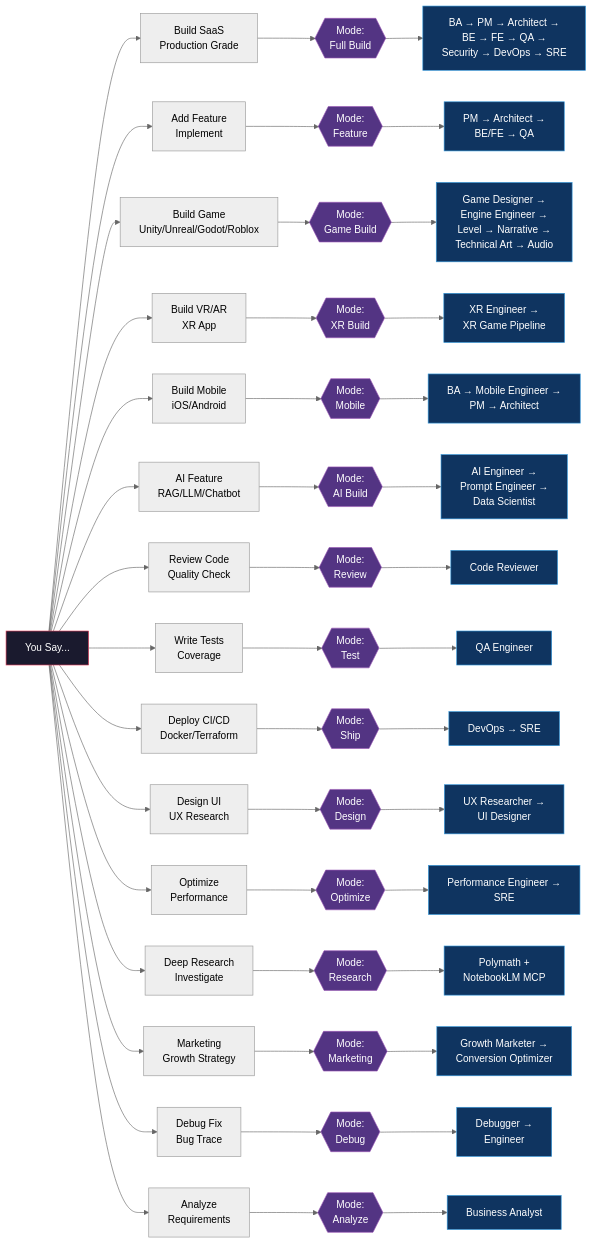
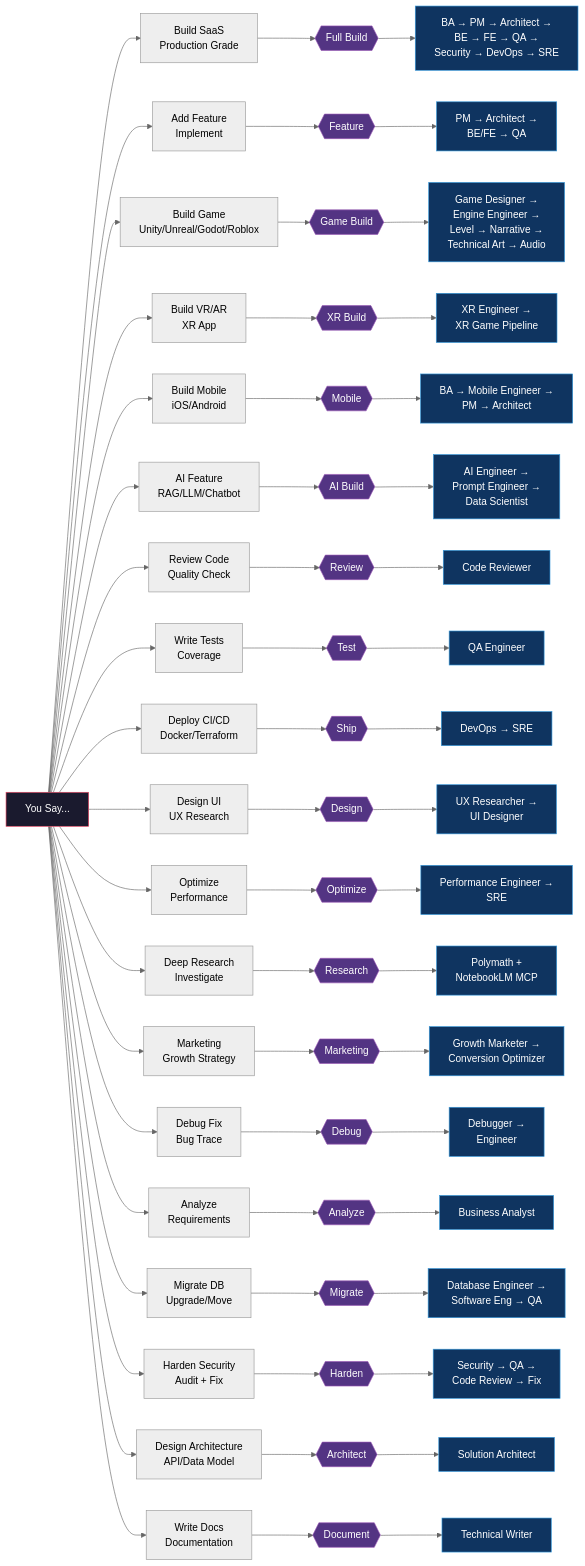
One commit to buiphucminhtam/forgewright changed the eighth of 8 diagrams in README.md. Above: the diagram before and after it, drawn with Mermaid (neutral theme). The commit also changed other lines of this file, not shown here.

Commit message:
docs: update README for v7.8.2 - 22 modes, expanded routing diagram

````diff
--- a/README.md
+++ b/README.md
@@ -610,22 +612,30 @@
     INPUT --> F13["Marketing<br/>Growth Strategy"]
     INPUT --> F14["Debug Fix<br/>Bug Trace"]
     INPUT --> F15["Analyze<br/>Requirements"]
+    INPUT --> F16["Migrate DB<br/>Upgrade/Move"]
+    INPUT --> F17["Harden Security<br/>Audit + Fix"]
+    INPUT --> F18["Design Architecture<br/>API/Data Model"]
+    INPUT --> F19["Write Docs<br/>Documentation"]
 
-    F1 --> M1{{"Mode:<br/>Full Build"}}
-    F2 --> M2{{"Mode:<br/>Feature"}}
-    F3 --> M3{{"Mode:<br/>Game Build"}}
-    F4 --> M4{{"Mode:<br/>XR Build"}}
-    F5 --> M5{{"Mode:<br/>Mobile"}}
-    F6 --> M6{{"Mode:<br/>AI Build"}}
-    F7 --> M7{{"Mode:<br/>Review"}}
-    F8 --> M8{{"Mode:<br/>Test"}}
-    F9 --> M9{{"Mode:<br/>Ship"}}
-    F10 --> M10{{"Mode:<br/>Design"}}
-    F11 --> M11{{"Mode:<br/>Optimize"}}
-    F12 --> M12{{"Mode:<br/>Research"}}
-    F13 --> M13{{"Mode:<br/>Marketing"}}
-    F14 --> M14{{"Mode:<br/>Debug"}}
-    F15 --> M15{{"Mode:<br/>Analyze"}}
+    F1 --> M1{{"Full Build"}}
+    F2 --> M2{{"Feature"}}
+    F3 --> M3{{"Game Build"}}
+    F4 --> M4{{"XR Build"}}
+    F5 --> M5{{"Mobile"}}
+    F6 --> M6{{"AI Build"}}
+    F7 --> M7{{"Review"}}
+    F8 --> M8{{"Test"}}
+    F9 --> M9{{"Ship"}}
+    F10 --> M10{{"Design"}}
+    F11 --> M11{{"Optimize"}}
+    F12 --> M12{{"Research"}}
+    F13 --> M13{{"Marketing"}}
+    F14 --> M14{{"Debug"}}
+    F15 --> M15{{"Analyze"}}
+    F16 --> M16{{"Migrate"}}
+    F17 --> M17{{"Harden"}}
+    F18 --> M18{{"Architect"}}
+    F19 --> M19{{"Document"}}
 
     M1 --> SK1["BA → PM → Architect →<br/>BE → FE → QA →<br/>Security → DevOps → SRE"]
     M2 --> SK2["PM → Architect →<br/>BE/FE → QA"]
@@ -642,6 +652,10 @@
     M13 --> SK13["Growth Marketer →<br/>Conversion Optimizer"]
     M14 --> SK14["Debugger →<br/>Engineer"]
     M15 --> SK15["Business Analyst"]
+    M16 --> SK16["Database Engineer →<br/>Software Eng → QA"]
+    M17 --> SK17["Security → QA →<br/>Code Review → Fix"]
+    M18 --> SK18["Solution Architect"]
+    M19 --> SK19["Technical Writer"]
 
     style INPUT fill:#1a1a2e,stroke:#e94560,color:#fff
     style M1 fill:#533483,stroke:#9b59b6,color:#fff
@@ -659,6 +673,10 @@
     style M13 fill:#533483,stroke:#9b59b6,color:#fff
     style M14 fill:#533483,stroke:#9b59b6,color:#fff
     style M15 fill:#533483,stroke:#9b59b6,color:#fff
+    style M16 fill:#533483,stroke:#9b59b6,color:#fff
+    style M17 fill:#533483,stroke:#9b59b6,color:#fff
+    style M18 fill:#533483,stroke:#9b59b6,color:#fff
+    style M19 fill:#533483,stroke:#9b59b6,color:#fff
     style SK1 fill:#0f3460,stroke:#3498db,color:#fff
     style SK2 fill:#0f3460,stroke:#3498db,color:#fff
     style SK3 fill:#0f3460,stroke:#3498db,color:#fff
@@ -674,4 +692,8 @@
     style SK13 fill:#0f3460,stroke:#3498db,color:#fff
     style SK14 fill:#0f3460,stroke:#3498db,color:#fff
     style SK15 fill:#0f3460,stroke:#3498db,color:#fff
+    style SK16 fill:#0f3460,stroke:#3498db,color:#fff
+    style SK17 fill:#0f3460,stroke:#3498db,color:#fff
+    style SK18 fill:#0f3460,stroke:#3498db,color:#fff
+    style SK19 fill:#0f3460,stroke:#3498db,color:#fff
 ```
````
